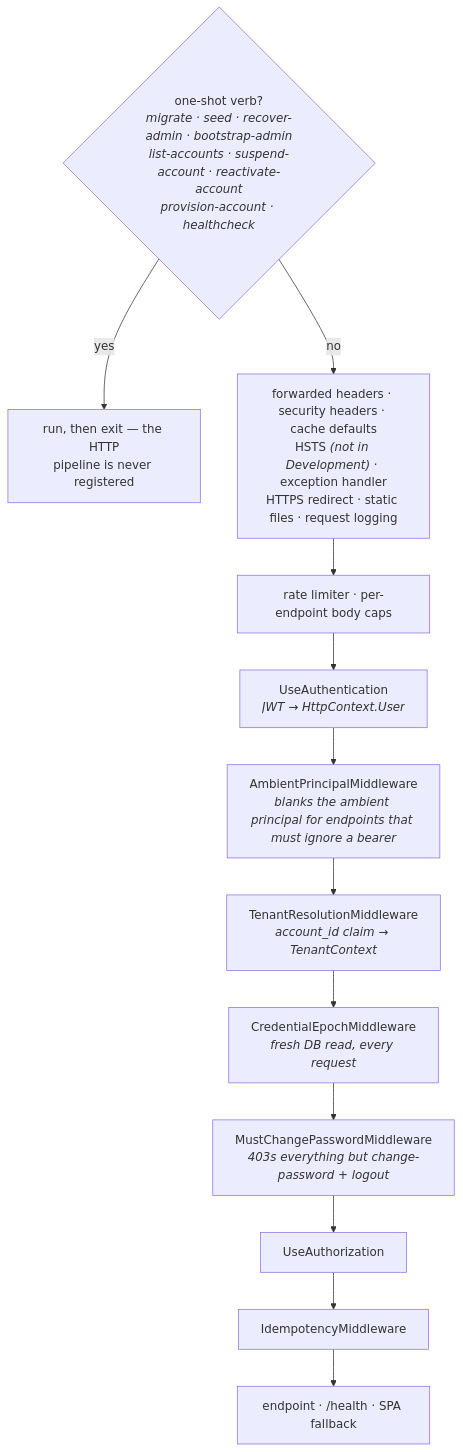
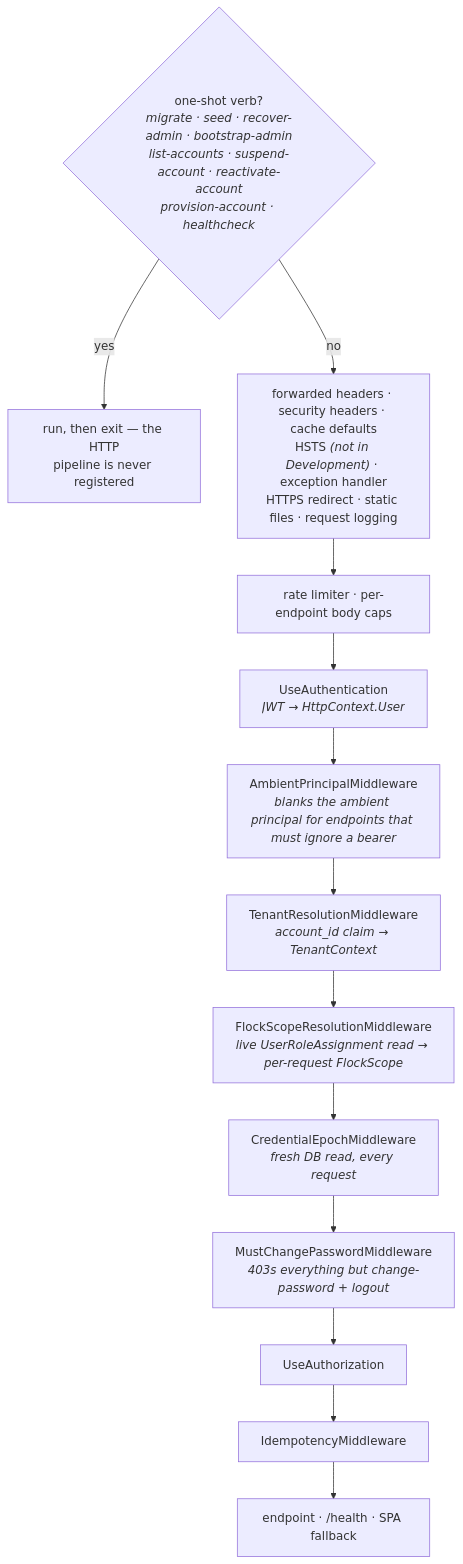
Before and after one commit to mforce/cluckwork: the first of 4 diagrams in docs/architecture.md, drawn with Mermaid. The commit also changed other lines of this file and 61 other files, not shown here.

````diff
--- a/docs/architecture.md
+++ b/docs/architecture.md
@@ -19,17 +20,18 @@
 ```mermaid
 flowchart TD
     CLI{"one-shot verb?<br/><i>migrate · seed · recover-admin · bootstrap-admin<br/>list-accounts · suspend-account · reactivate-account<br/>provision-account · healthcheck</i>"}
     CLI -->|yes| EXIT["run, then exit — the HTTP<br/>pipeline is never registered"]
     CLI -->|no| EDGE
 
     EDGE["forwarded headers · security headers · cache defaults<br/>HSTS <i>(not in Development)</i> · exception handler<br/>HTTPS redirect · static files · request logging"]
     EDGE --> LIMITS["rate limiter · per-endpoint body caps"]
     LIMITS --> AUTHN["UseAuthentication<br/><i>JWT → HttpContext.User</i>"]
     AUTHN --> AMBIENT["AmbientPrincipalMiddleware<br/><i>blanks the ambient principal for endpoints that must ignore a bearer</i>"]
     AMBIENT --> TENANT["TenantResolutionMiddleware<br/><i>account_id claim → TenantContext</i>"]
-    TENANT --> EPOCH["CredentialEpochMiddleware<br/><i>fresh DB read, every request</i>"]
+    TENANT --> FLOCKSCOPE["FlockScopeResolutionMiddleware<br/><i>live UserRoleAssignment read → per-request FlockScope</i>"]
+    FLOCKSCOPE --> EPOCH["CredentialEpochMiddleware<br/><i>fresh DB read, every request</i>"]
     EPOCH --> MCP["MustChangePasswordMiddleware<br/><i>403s everything but change-password + logout</i>"]
     MCP --> AUTHZ["UseAuthorization"]
     AUTHZ --> IDEM["IdempotencyMiddleware"]
     IDEM --> ENDPOINT["endpoint · /health · SPA fallback"]
 ```
````
